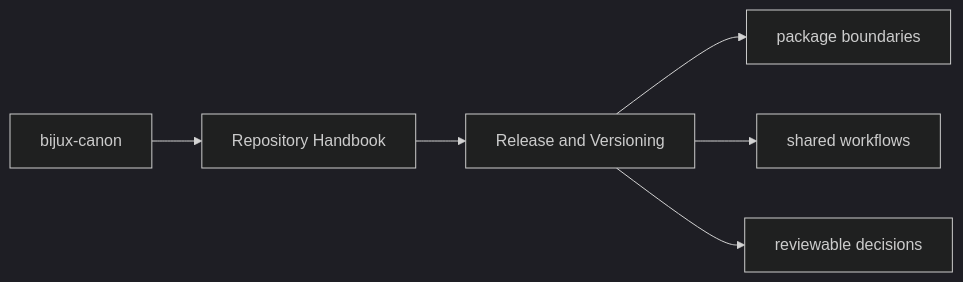
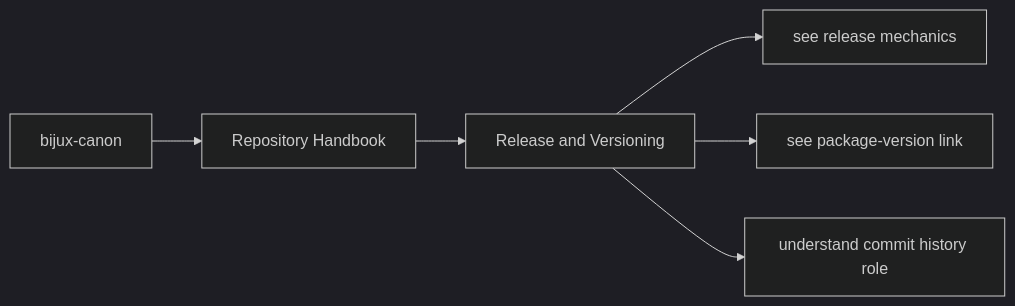
Before and after one commit to bijux/bijux-canon: the first of 2 diagrams in docs/bijux-canon/release-and-versioning.md, drawn with Mermaid (dark theme). The commit also changed other lines of this file and 11 other files, not shown here.

Commit message:
docs(diagrams): clarify root handbook maps

````diff
--- a/docs/bijux-canon/release-and-versioning.md
+++ b/docs/bijux-canon/release-and-versioning.md
@@ -24,11 +24,11 @@
 ```mermaid
 flowchart LR
     scope["bijux-canon"] --> section["Repository Handbook"]
     section --> page["Release and Versioning"]
-    dest1["package boundaries"]
-    dest2["shared workflows"]
-    dest3["reviewable decisions"]
+    dest1["see release mechanics"]
+    dest2["see package-version link"]
+    dest3["understand commit history role"]
     page --> dest1
     page --> dest2
     page --> dest3
 ```
````
